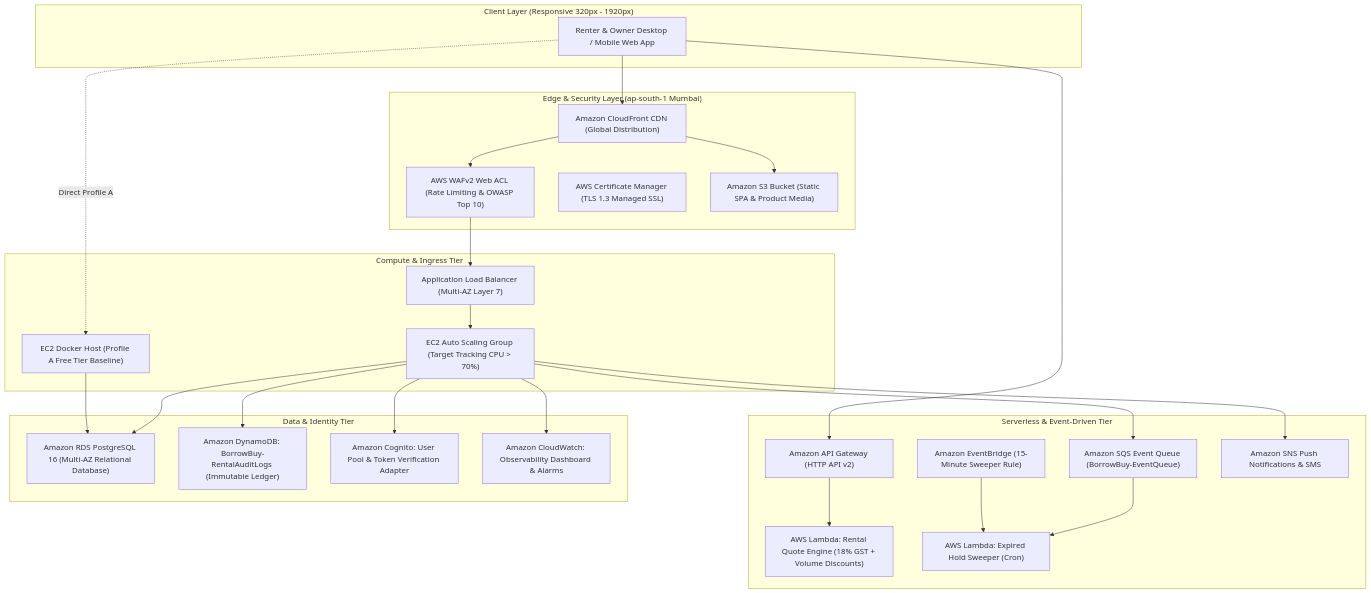
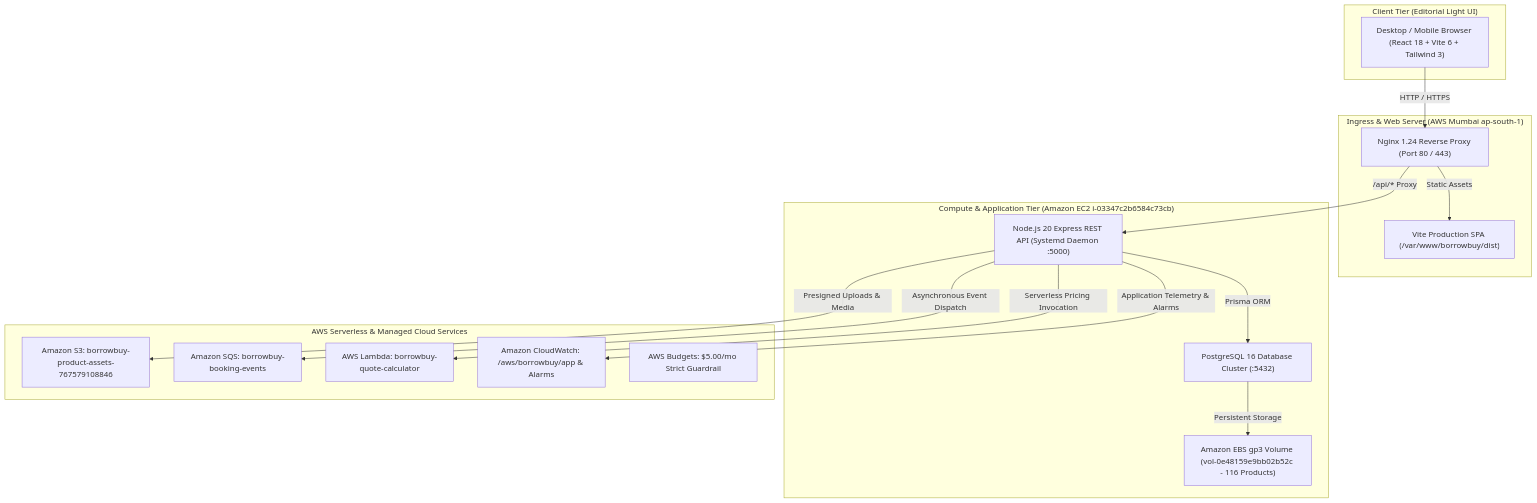
One commit to harshalgondaliya/Borrow-Buy changed the diagram in README.md. Above: the diagram before and after it, drawn with Mermaid. The commit also changed other lines of this file, not shown here.

Commit message:
docs: reupdate README with complete local and production execution guide

````diff
--- a/README.md
+++ b/README.md
@@ -18,53 +35,35 @@
 ```mermaid
 flowchart TD
-  subgraph Clients ["Client Layer (Responsive 320px - 1920px)"]
-    Browser["Renter & Owner Desktop / Mobile Web App"]
+  subgraph Client_Tier ["Client Tier (Editorial Light UI)"]
+    WebClient["Desktop / Mobile Browser (React 18 + Vite 6 + Tailwind 3)"]
   end
 
-  subgraph Edge_Security ["Edge & Security Layer (ap-south-1 Mumbai)"]
-    CF["Amazon CloudFront CDN (Global Distribution)"]
-    WAF["AWS WAFv2 Web ACL (Rate Limiting & OWASP Top 10)"]
-    ACM["AWS Certificate Manager (TLS 1.3 Managed SSL)"]
-    S3_SPA["Amazon S3 Bucket (Static SPA & Product Media)"]
+  subgraph Ingress_Tier ["Ingress & Web Server (AWS Mumbai ap-south-1)"]
+    Nginx["Nginx 1.24 Reverse Proxy (Port 80 / 443)"]
+    Vite_Static["Vite Production SPA (/var/www/borrowbuy/dist)"]
   end
 
-  subgraph Compute_Tier ["Compute & Ingress Tier"]
-    ALB["Application Load Balancer (Multi-AZ Layer 7)"]
-    ASG["EC2 Auto Scaling Group (Target Tracking CPU > 70%)"]
-    EC2_Host["EC2 Docker Host (Profile A Free Tier Baseline)"]
+  subgraph Compute_Tier ["Compute & Application Tier (Amazon EC2 i-03347c2b6584c73cb)"]
+    Express_API["Node.js 20 Express REST API (Systemd Daemon :5000)"]
+    Postgres_DB["PostgreSQL 16 Database Cluster (:5432)"]
+    EBS_Volume["Amazon EBS gp3 Volume (vol-0e48159e9bb02b52c - 116 Products)"]
   end
 
-  subgraph Serverless_Tier ["Serverless & Event-Driven Tier"]
-    APIGW["Amazon API Gateway (HTTP API v2)"]
-    Lambda_Quote["AWS Lambda: Rental Quote Engine (18% GST + Volume Discounts)"]
-    Lambda_Sweeper["AWS Lambda: Expired Hold Sweeper (Cron)"]
-    EventBridge["Amazon EventBridge (15-Minute Sweeper Rule)"]
-    SQS["Amazon SQS Event Queue (BorrowBuy-EventQueue)"]
-    SNS["Amazon SNS Push Notifications & SMS"]
+  subgraph Cloud_Services ["AWS Serverless & Managed Cloud Services"]
+    S3_Bucket["Amazon S3: borrowbuy-product-assets-767579108846"]
+    SQS_Queue["Amazon SQS: borrowbuy-booking-events"]
+    Lambda_Quote["AWS Lambda: borrowbuy-quote-calculator"]
+    CW_Logs["Amazon CloudWatch: /aws/borrowbuy/app & Alarms"]
+    Budgets["AWS Budgets: $5.00/mo Strict Guardrail"]
   end
 
-  subgraph Data_Tier ["Data & Identity Tier"]
-    RDS["Amazon RDS PostgreSQL 16 (Multi-AZ Relational Database)"]
-    DynamoDB["Amazon DynamoDB: BorrowBuy-RentalAuditLogs (Immutable Ledger)"]
-    Cognito["Amazon Cognito: User Pool & Token Verification Adapter"]
-    CloudWatch["Amazon CloudWatch: Observability Dashboard & Alarms"]
-  end
-
-  Browser --> CF
-  CF --> S3_SPA
-  CF --> WAF
-  WAF --> ALB
-  ALB --> ASG
-  Browser -.->|Direct Profile A| EC2_Host
-  ASG --> RDS
-  EC2_Host --> RDS
-  ASG --> DynamoDB
-  ASG --> SQS
-  SQS --> Lambda_Sweeper
-  EventBridge --> Lambda_Sweeper
-  Browser --> APIGW
-  APIGW --> Lambda_Quote
-  ASG --> CloudWatch
-  ASG --> Cognito
-  ASG --> SNS
+  WebClient -->|HTTP / HTTPS| Nginx
+  Nginx -->|Static Assets| Vite_Static
+  Nginx -->|/api/* Proxy| Express_API
+  Express_API -->|Prisma ORM| Postgres_DB
+  Postgres_DB -->|Persistent Storage| EBS_Volume
+  Express_API -->|Presigned Uploads & Media| S3_Bucket
+  Express_API -->|Asynchronous Event Dispatch| SQS_Queue
+  Express_API -->|Serverless Pricing Invocation| Lambda_Quote
+  Express_API -->|Application Telemetry & Alarms| CW_Logs
 ```
````
